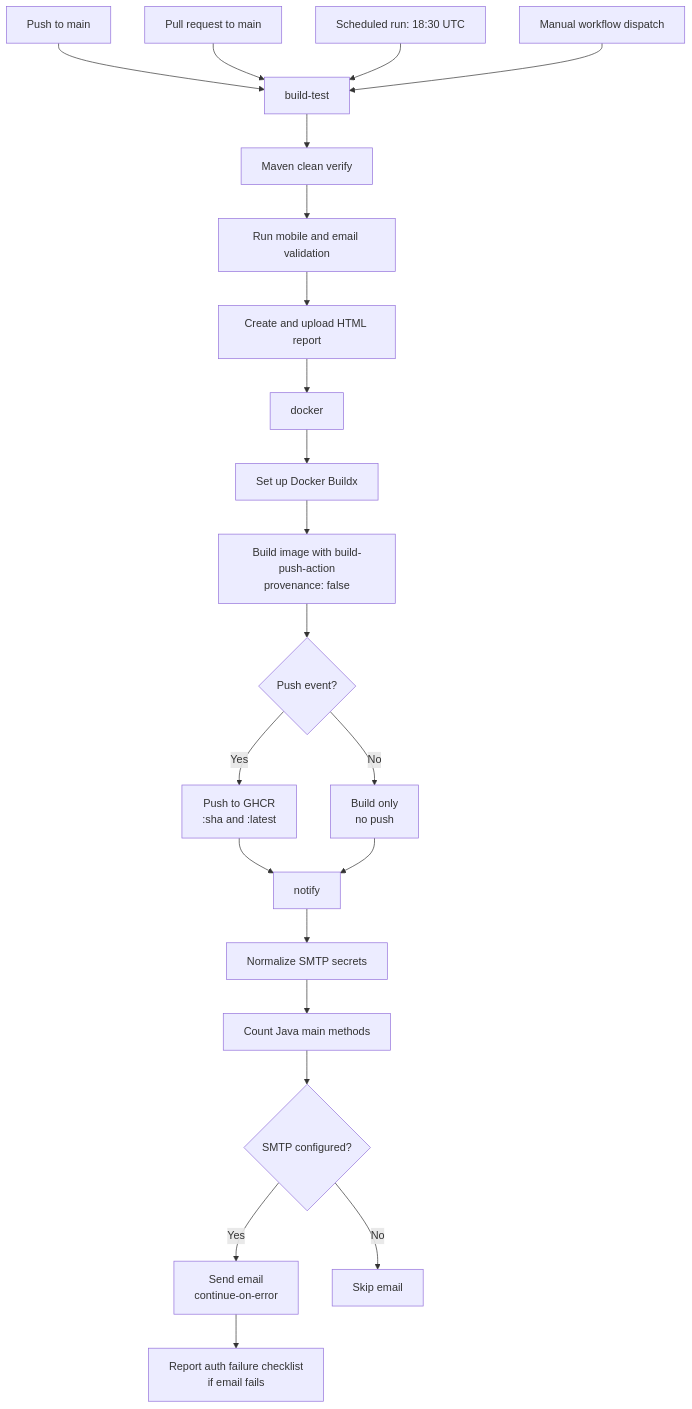
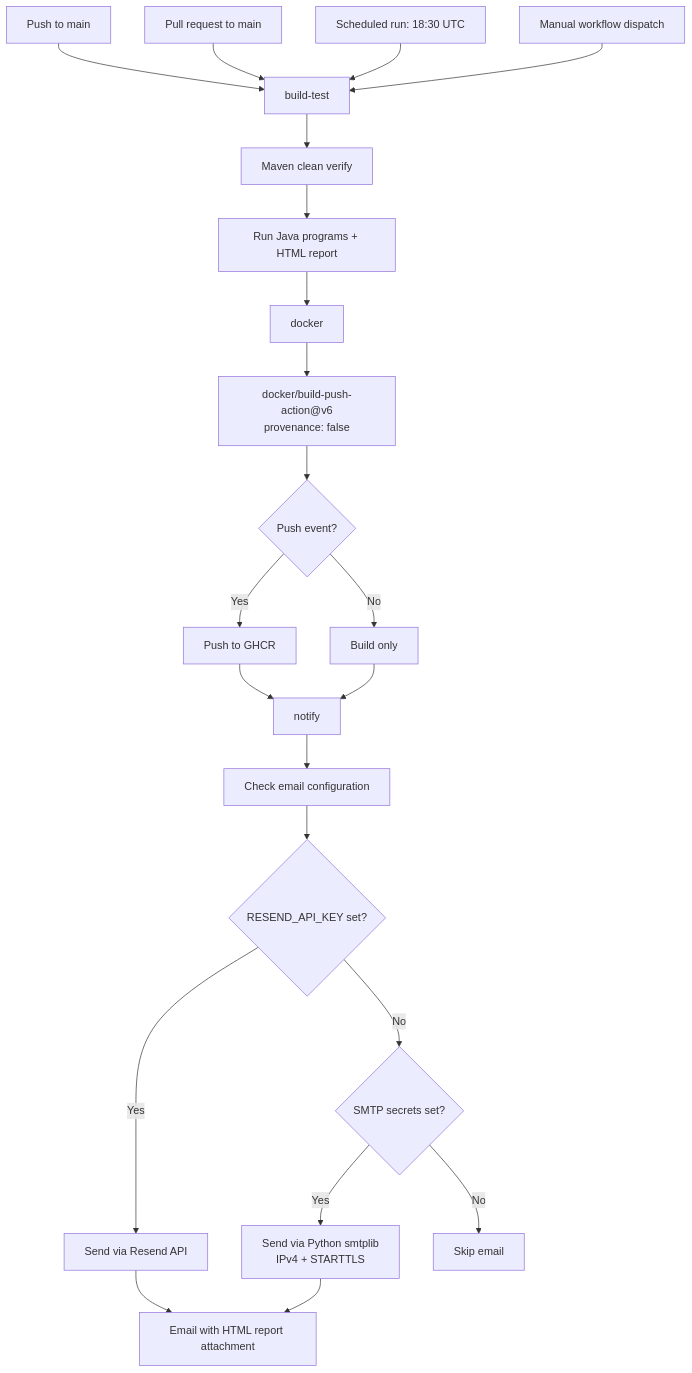
One commit to chaitussm/Java-Project changed the first of 22 diagrams in docs/java-e2e-ci-pipeline-guide.md. Above: the diagram before and after it, drawn with Mermaid. The commit also changed other lines of this file and 1 other file, not shown here.

First line of the commit message:
Document full CI resolution guide with diagrams for all failures

````diff
--- a/docs/java-e2e-ci-pipeline-guide.md
+++ b/docs/java-e2e-ci-pipeline-guide.md
@@ -24,24 +31,24 @@
 ```mermaid
 flowchart TD
     A["Push to main"] --> E["build-test"]
     B["Pull request to main"] --> E
     C["Scheduled run: 18:30 UTC"] --> E
     D["Manual workflow dispatch"] --> E
     E --> F["Maven clean verify"]
-    F --> G["Run mobile and email validation"]
-    G --> H["Create and upload HTML report"]
-    H --> I["docker"]
-    I --> J["Set up Docker Buildx"]
-    J --> K["Build image with build-push-action\nprovenance: false"]
-    K --> L{"Push event?"}
-    L -- Yes --> M["Push to GHCR\n:sha and :latest"]
-    L -- No --> N["Build only\nno push"]
-    M --> O["notify"]
-    N --> O
-    O --> P["Normalize SMTP secrets"]
-    P --> Q["Count Java main methods"]
-    Q --> R{"SMTP configured?"}
-    R -- Yes --> S["Send email\ncontinue-on-error"]
-    R -- No --> T["Skip email"]
-    S --> U["Report auth failure checklist\nif email fails"]
+    F --> G["Run Java programs + HTML report"]
+    G --> H["docker"]
+    H --> I["docker/build-push-action@v6\nprovenance: false"]
+    I --> J{"Push event?"}
+    J -- Yes --> K["Push to GHCR"]
+    J -- No --> L["Build only"]
+    K --> M["notify"]
+    L --> M
+    M --> N["Check email configuration"]
+    N --> O{"RESEND_API_KEY set?"}
+    O -- Yes --> P["Send via Resend API"]
+    O -- No --> Q{"SMTP secrets set?"}
+    Q -- Yes --> R["Send via Python smtplib\nIPv4 + STARTTLS"]
+    Q -- No --> S["Skip email"]
+    P --> T["Email with HTML report attachment"]
+    R --> T
 ```
````
